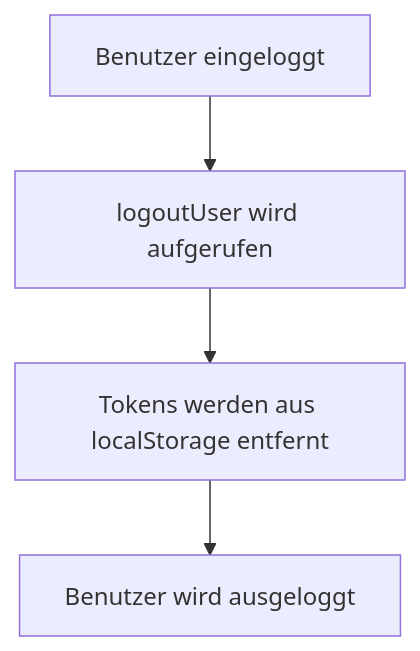
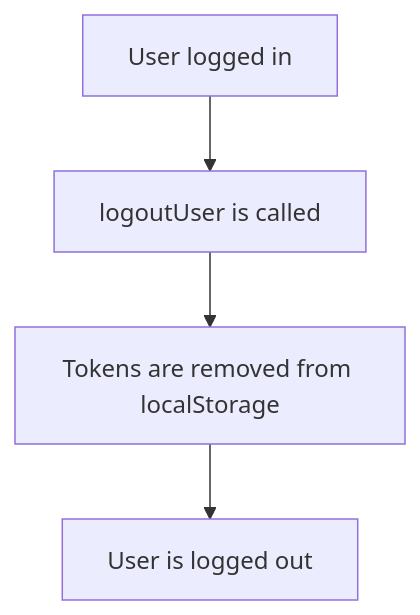
One commit to henniphilo/ft_transcendence changed the fourth of 4 diagrams in docs/authlib.md. Above: the diagram before and after it, drawn with Mermaid. The commit also changed other lines of this file and 4 other files, not shown here.

````diff
--- a/docs/authlib.md
+++ b/docs/authlib.md
@@ -229,6 +229,6 @@
 ```mermaid
 flowchart TD
-    A[Benutzer eingeloggt] --> B[logoutUser wird aufgerufen]
-    B --> C[Tokens werden aus localStorage entfernt]
-    C --> D[Benutzer wird ausgeloggt]
+    A[User logged in] --> B[logoutUser is called]
+    B --> C[Tokens are removed from localStorage]
+    C --> D[User is logged out]
 ```
````
